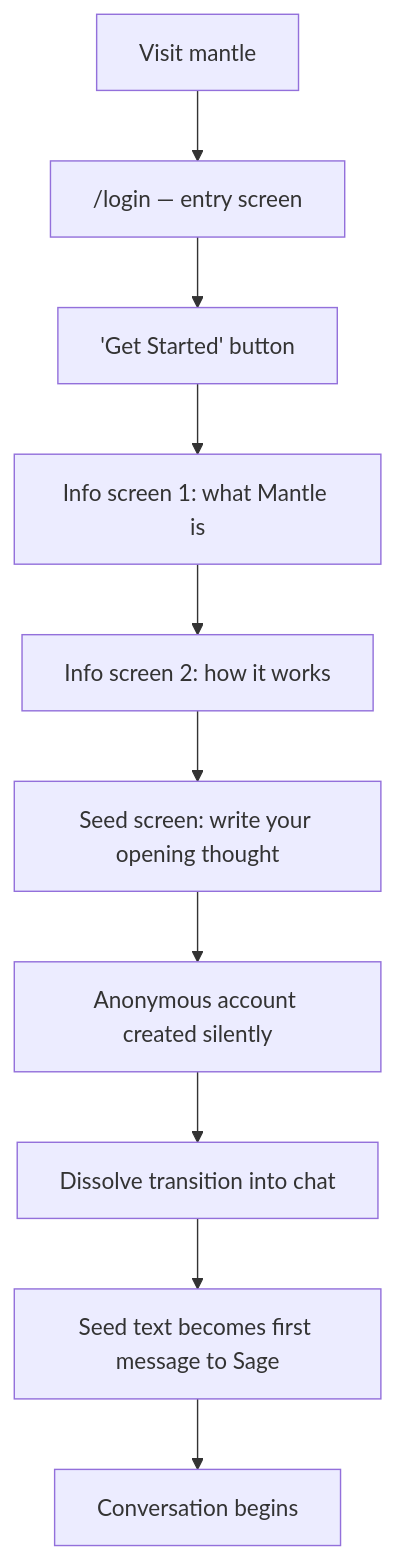
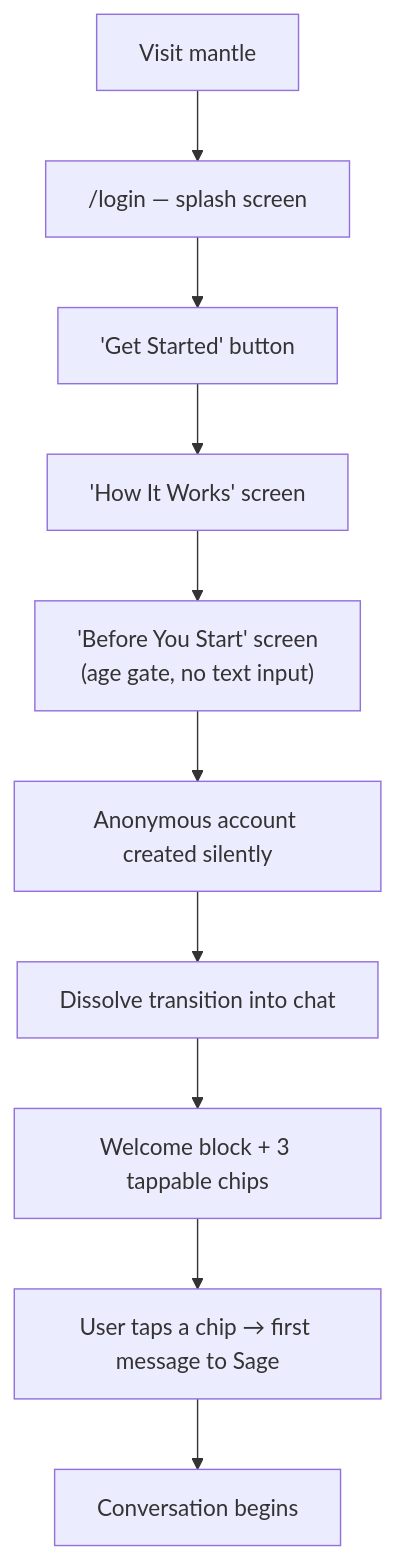
Before and after one commit to h2onation/mantle: the first of 6 diagrams in .claude/diagrams/user-flows.md, drawn with Mermaid. The commit also changed 1 other file, not shown here.

Commit message:
Update docs for new onboarding flow
- user-flows.md: replace seed-based flow with splash → chips flow
- SYSTEM_MAP.md: update new user steps, remove "Still true?" from
  not-built-yet (already removed from UI), update test count to 185

````diff
--- a/.claude/diagrams/user-flows.md
+++ b/.claude/diagrams/user-flows.md
@@ -5,12 +5,12 @@
 ```mermaid
 flowchart TD
-    A["Visit mantle"] --> B["/login — entry screen"]
+    A["Visit mantle"] --> B["/login — splash screen"]
     B --> C["'Get Started' button"]
-    C --> D["Info screen 1: what Mantle is"]
-    D --> E["Info screen 2: how it works"]
-    E --> F["Seed screen: write your opening thought"]
-    F --> G["Anonymous account created silently"]
-    G --> H["Dissolve transition into chat"]
-    H --> I["Seed text becomes first message to Sage"]
+    C --> D["'How It Works' screen"]
+    D --> E["'Before You Start' screen<br/>(age gate, no text input)"]
+    E --> F["Anonymous account created silently"]
+    F --> G["Dissolve transition into chat"]
+    G --> H["Welcome block + 3 tappable chips"]
+    H --> I["User taps a chip → first message to Sage"]
     I --> J["Conversation begins"]
 ```
````
